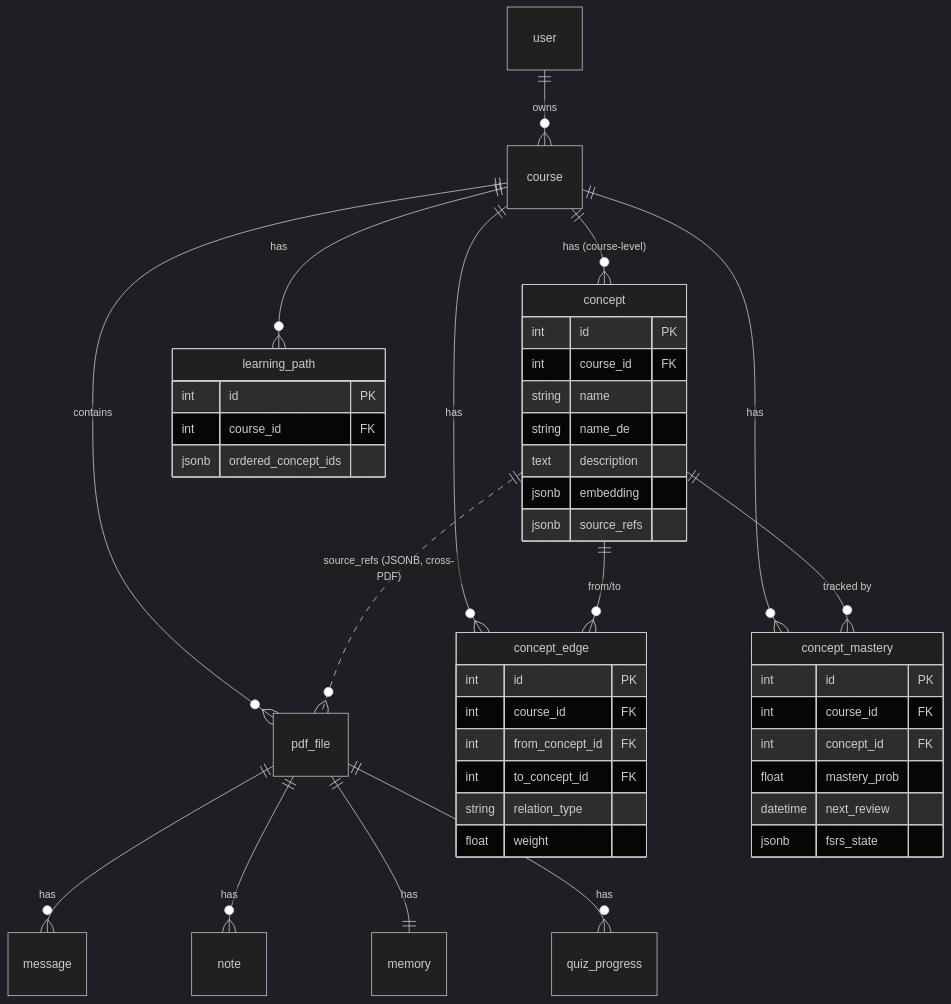
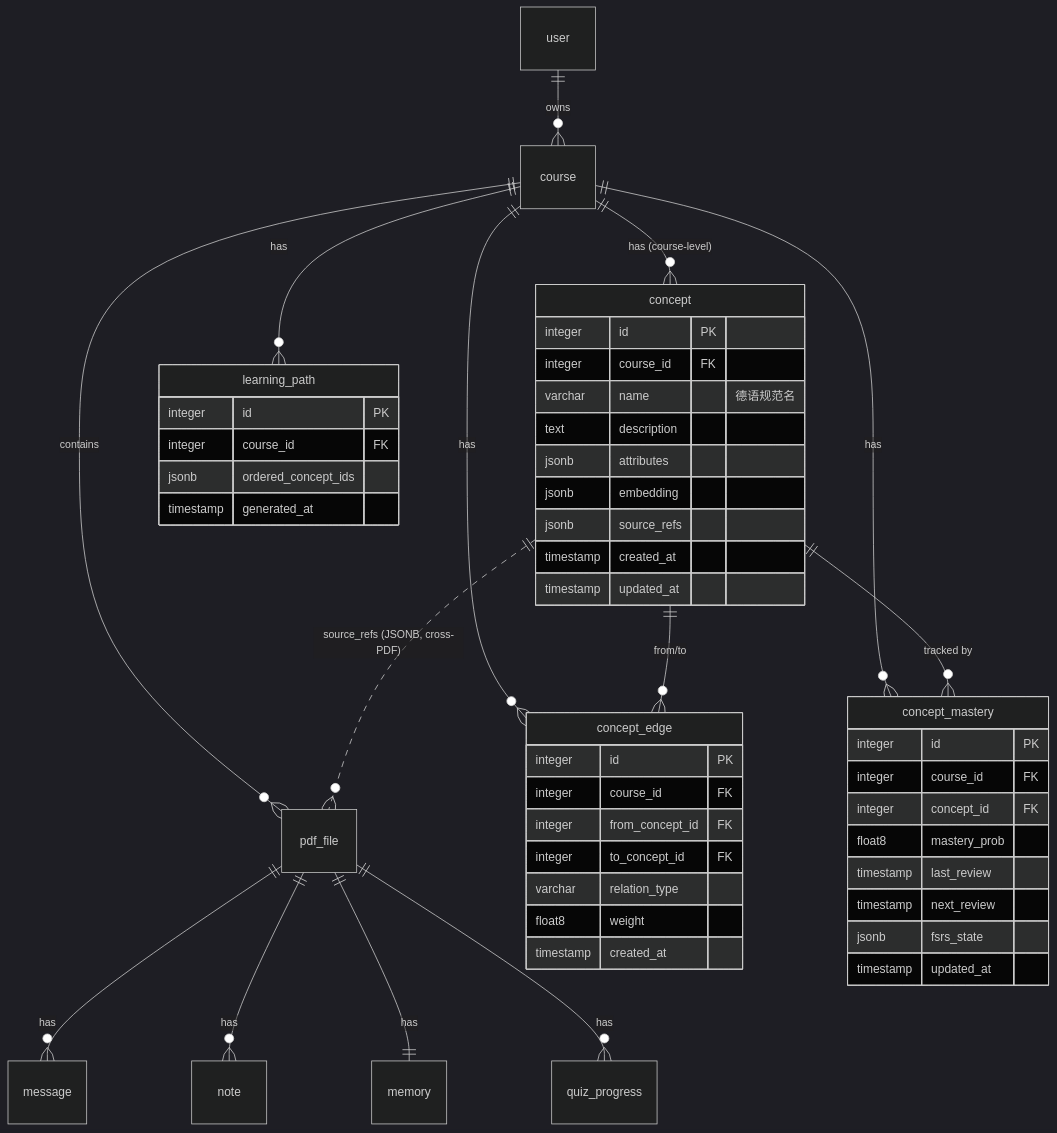
Before and after one commit to ZhengZhenting/EduPrep: the diagram in docs/architecture/knowledge-graph-schema.md, drawn with Mermaid (dark theme). The commit also changed other lines of this file and 15 other files, not shown here.

Commit message:
add knowledge graph

````diff
--- a/docs/architecture/knowledge-graph-schema.md
+++ b/docs/architecture/knowledge-graph-schema.md
@@ -135,49 +142,55 @@
 ```mermaid
 erDiagram
     user        ||--o{ course        : owns
     course      ||--o{ pdf_file      : contains
     pdf_file    ||--o{ message       : has
     pdf_file    ||--o{ note          : has
     pdf_file    ||--|| memory        : has
     pdf_file    ||--o{ quiz_progress : has
 
     %% NEW: 课程级知识层
     course      ||--o{ concept         : "has (course-level)"
     course      ||--o{ concept_edge    : "has"
     course      ||--o{ concept_mastery : "has"
     course      ||--o{ learning_path   : "has"
     concept     ||--o{ concept_edge    : "from/to"
     concept     ||--o{ concept_mastery : "tracked by"
     concept     ||..o{ pdf_file        : "source_refs (JSONB, cross-PDF)"
 
     concept {
-        int id PK
-        int course_id FK
-        string name
-        string name_de
+        integer id PK
+        integer course_id FK
+        varchar name "德语规范名"
         text description
+        jsonb attributes
         jsonb embedding
         jsonb source_refs
+        timestamp created_at
+        timestamp updated_at
     }
     concept_edge {
-        int id PK
-        int course_id FK
-        int from_concept_id FK
-        int to_concept_id FK
-        string relation_type
-        float weight
+        integer id PK
+        integer course_id FK
+        integer from_concept_id FK
+        integer to_concept_id FK
+        varchar relation_type
+        float8 weight
+        timestamp created_at
     }
     concept_mastery {
-        int id PK
-        int course_id FK
-        int concept_id FK
-        float mastery_prob
-        datetime next_review
+        integer id PK
+        integer course_id FK
+        integer concept_id FK
+        float8 mastery_prob
+        timestamp last_review
+        timestamp next_review
         jsonb fsrs_state
+        timestamp updated_at
     }
     learning_path {
-        int id PK
-        int course_id FK
+        integer id PK
+        integer course_id FK
         jsonb ordered_concept_ids
+        timestamp generated_at
     }
 ```
````
